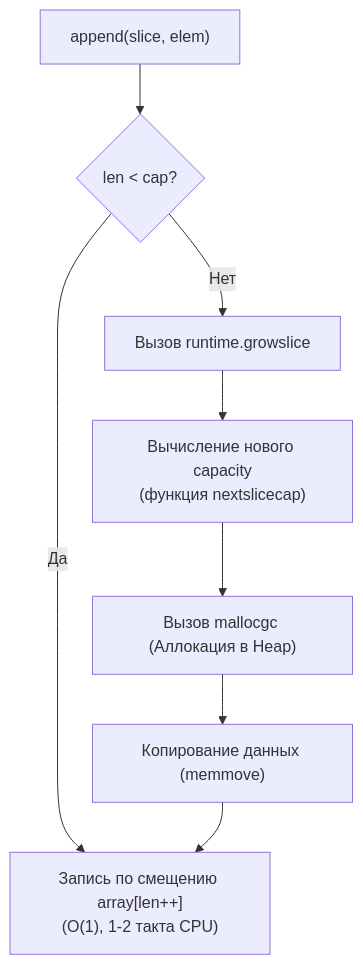
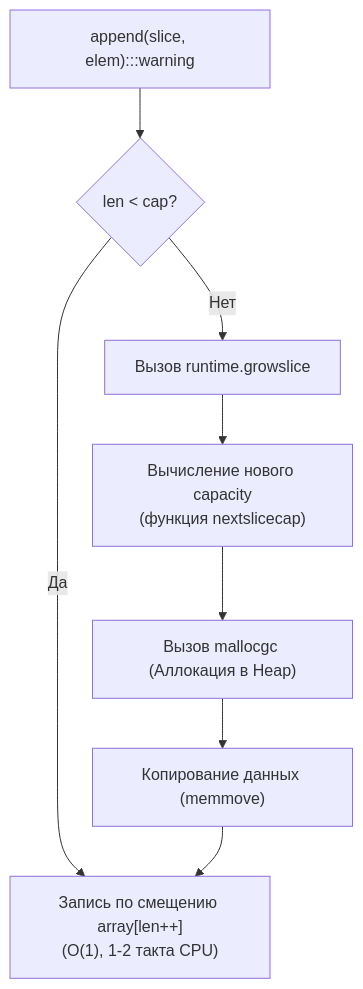
One commit to UnrealTemplier/go-textbook changed the second of 3 diagrams in sources/16. Профилирование, отладка и производительность/09. Практические оптимизации/4. Предвыделение памяти.md. Above: the diagram before and after it, drawn with Mermaid. The commit also changed other lines of this file and 1666 other files, not shown here.

First line of the commit message:
feat(mermaid): add semantic color classDef to 1369 colorless flowchart/graph diagrams

````diff
--- a/sources/16. Профилирование, отладка и производительность/09. Практические оптимизации/4. Предвыделение памяти.md
+++ b/sources/16. Профилирование, отладка и производительность/09. Практические оптимизации/4. Предвыделение памяти.md
@@ -45,10 +55,20 @@
 ```mermaid
 flowchart TD
-    A["append(slice, elem)"] --> B{"len < cap?"}
+    classDef process  fill:#1e293b,stroke:#38bdf8,stroke-width:1px,color:#f8fafc
+    classDef success  fill:#064e3b,stroke:#34d399,stroke-width:1px,color:#f8fafc
+    classDef error    fill:#7f1d1d,stroke:#f87171,stroke-width:1px,color:#f8fafc
+    classDef warning  fill:#78350f,stroke:#fbbf24,stroke-width:1px,color:#f8fafc
+    classDef entry    fill:#1e3a5f,stroke:#38bdf8,stroke-width:2px,color:#f8fafc
+    classDef aux      fill:#334155,stroke:#64748b,stroke-width:1px,color:#f8fafc
+    classDef system   fill:#312e81,stroke:#a78bfa,stroke-width:1px,color:#f8fafc
+    classDef data     fill:#132d29,stroke:#2dd4bf,stroke-width:1px,color:#f8fafc
+    classDef network  fill:#881337,stroke:#fb7185,stroke-width:1px,color:#f8fafc
+    classDef accent   fill:#1e1b4b,stroke:#818cf8,stroke-width:1px,color:#f8fafc
+    A["append(slice, elem):::warning"] --> B{"len < cap?"}
     B -- "Да" --> C["Запись по смещению array[len++]<br/>(O(1), 1-2 такта CPU)"]
     B -- "Нет" --> D["Вызов runtime.growslice"]
     D --> E["Вычисление нового capacity<br/>(функция nextslicecap)"]
     E --> F["Вызов mallocgc (Аллокация в Heap)"]
     F --> G["Копирование данных (memmove)"]
     G --> C
 ```
````
